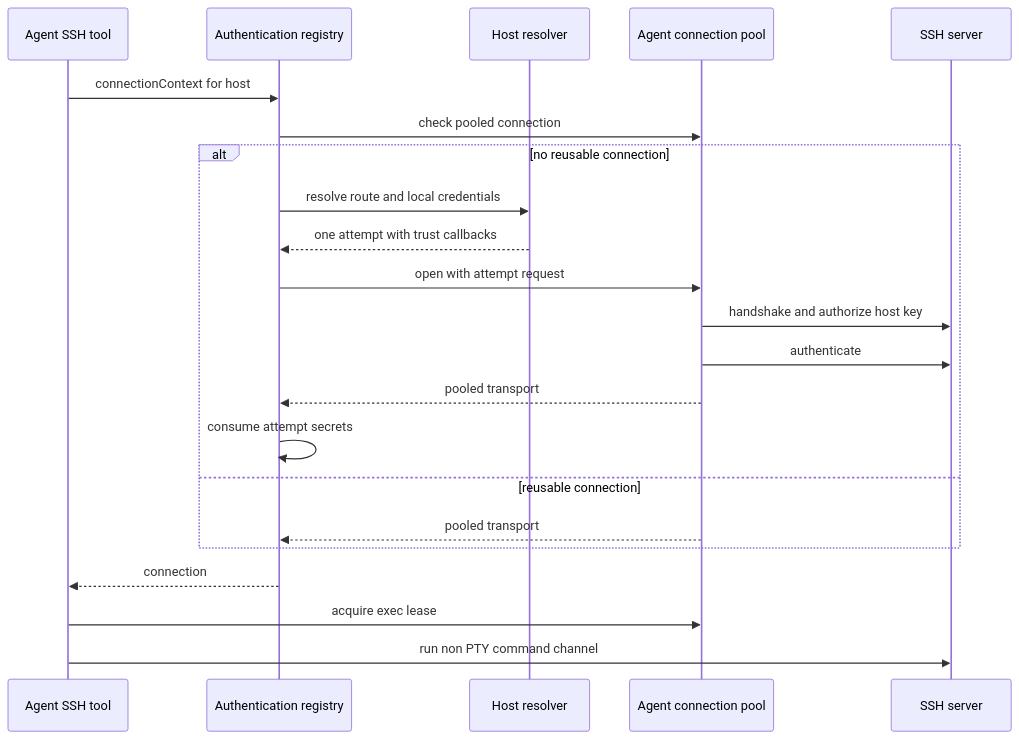
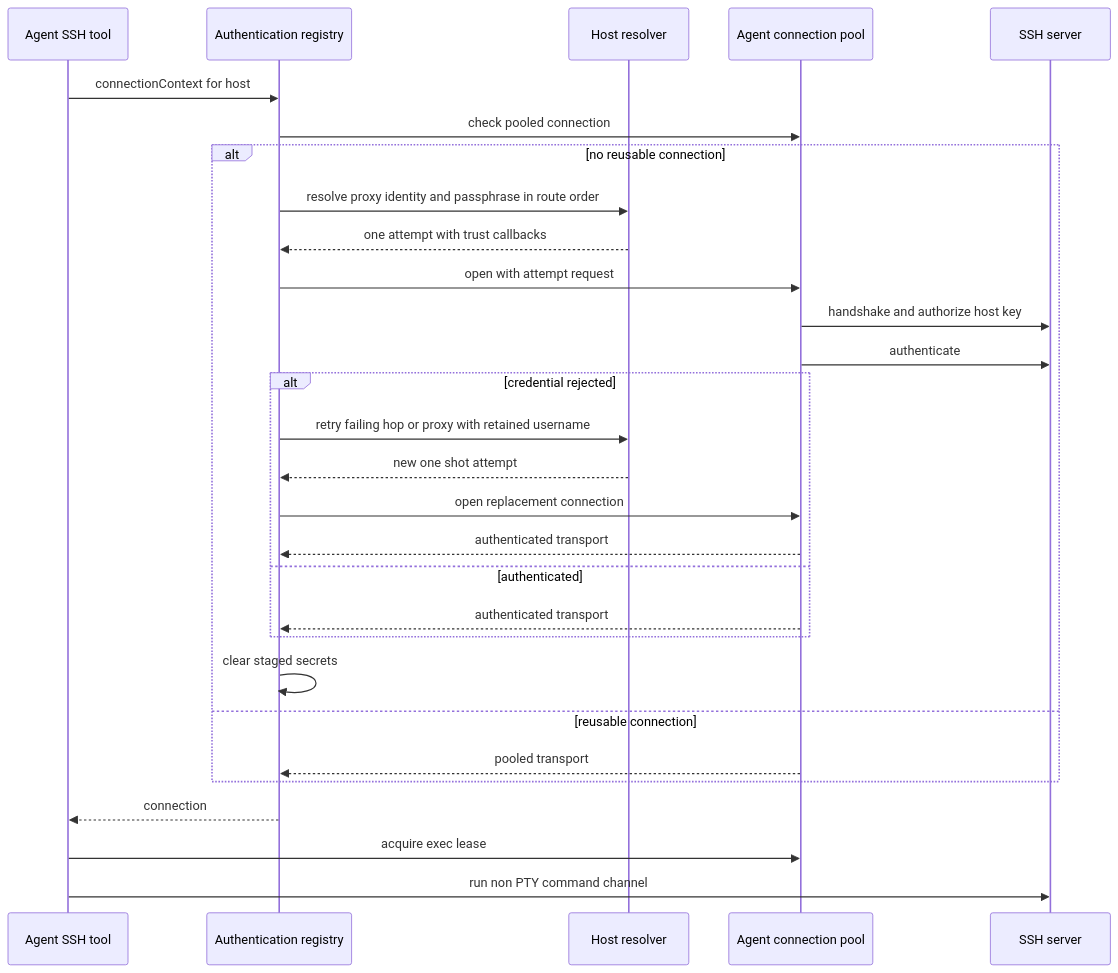
The fourth of 5 diagrams in openwiki/workflows/ssh-session-lifecycle.md (AkinoKaede/Termind), drawn with Mermaid before and after one commit. The commit also changed other lines of this file and 39 other files, not shown here.

````diff
--- a/openwiki/workflows/ssh-session-lifecycle.md
+++ b/openwiki/workflows/ssh-session-lifecycle.md
@@ -184,24 +188,31 @@
 ```mermaid
 sequenceDiagram
     participant Tool as Agent SSH tool
     participant Registry as Authentication registry
     participant Resolver as Host resolver
     participant Pool as Agent connection pool
     participant Server as SSH server
     Tool->>Registry: connectionContext for host
     Registry->>Pool: check pooled connection
     alt no reusable connection
-        Registry->>Resolver: resolve route and local credentials
+        Registry->>Resolver: resolve proxy identity and passphrase in route order
         Resolver-->>Registry: one attempt with trust callbacks
         Registry->>Pool: open with attempt request
         Pool->>Server: handshake and authorize host key
         Pool->>Server: authenticate
-        Pool-->>Registry: pooled transport
-        Registry->>Registry: consume attempt secrets
+        alt credential rejected
+            Registry->>Resolver: retry failing hop or proxy with retained username
+            Resolver-->>Registry: new one shot attempt
+            Registry->>Pool: open replacement connection
+            Pool-->>Registry: authenticated transport
+        else authenticated
+            Pool-->>Registry: authenticated transport
+        end
+        Registry->>Registry: clear staged secrets
     else reusable connection
         Pool-->>Registry: pooled transport
     end
     Registry-->>Tool: connection
     Tool->>Pool: acquire exec lease
     Tool->>Server: run non PTY command channel
 ```
````
